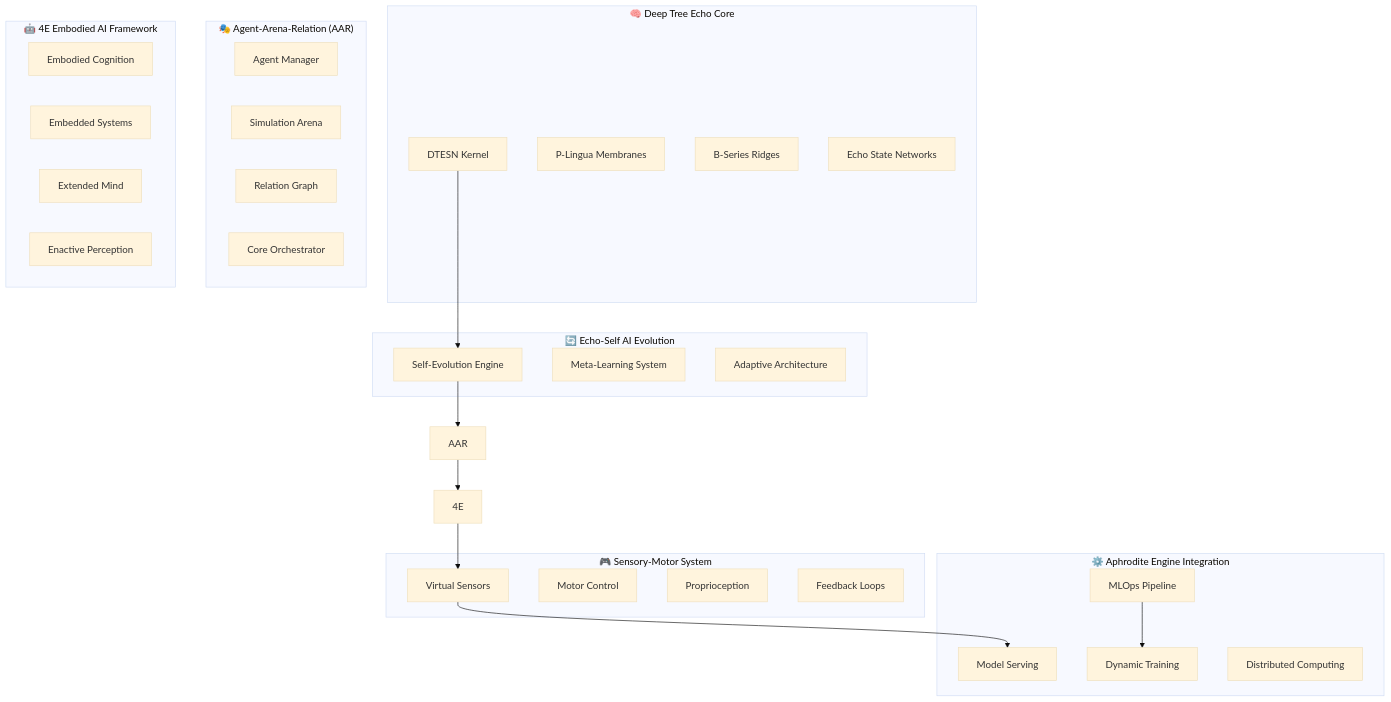
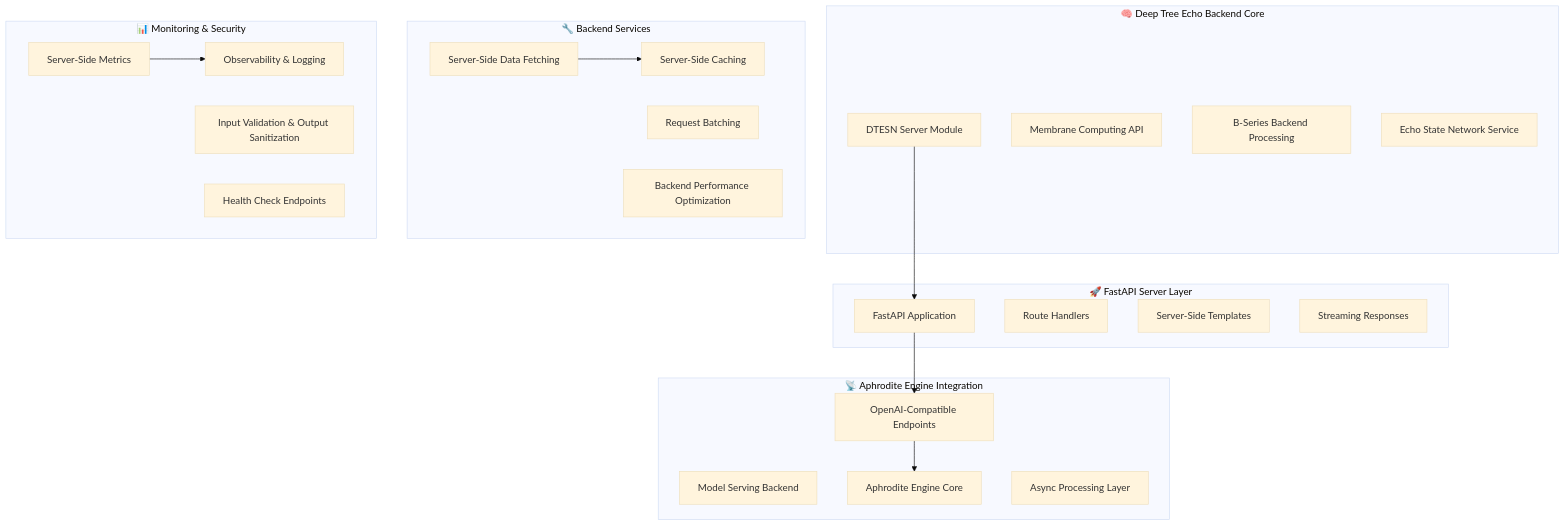
One commit to cogpy/yggdraphitecho changed the diagram in DEEP_TREE_ECHO_ROADMAP.md. Above: the diagram before and after it, drawn with Mermaid (base theme). The commit also changed other lines of this file, not shown here.

Commit message:
Update DEEP_TREE_ECHO_ROADMAP.md to focus on SSR requirements

````diff
--- a/DEEP_TREE_ECHO_ROADMAP.md
+++ b/DEEP_TREE_ECHO_ROADMAP.md
@@ -13,50 +13,43 @@
 ```mermaid
 graph TB
-    subgraph "🧠 Deep Tree Echo Core"
-        DTESN[DTESN Kernel]
-        Membranes[P-Lingua Membranes]
-        BSeries[B-Series Ridges]
-        ESN[Echo State Networks]
+    subgraph "🧠 Deep Tree Echo Backend Core"
+        DTESN[DTESN Server Module]
+        MembraneAPI[Membrane Computing API]
+        BSeries[B-Series Backend Processing]
+        ESN[Echo State Network Service]
     end
     
-    subgraph "🔄 Echo-Self AI Evolution"
-        SelfEvol[Self-Evolution Engine]
-        MetaLearn[Meta-Learning System]
-        AdaptArch[Adaptive Architecture]
+    subgraph "🚀 FastAPI Server Layer"
+        FastAPIApp[FastAPI Application]
+        RouteHandlers[Route Handlers]
+        TemplateEngine[Server-Side Templates]
+        ResponseStream[Streaming Responses]
     end
     
-    subgraph "🎭 Agent-Arena-Relation (AAR)"
-        AgentMgr[Agent Manager]
-        Arena[Simulation Arena]
-        RelGraph[Relation Graph]
-        Orchestrator[Core Orchestrator]
+    subgraph "📡 Aphrodite Engine Integration"
+        OpenAIEndpoints[OpenAI-Compatible Endpoints]
+        ModelServing[Model Serving Backend]
+        EngineCore[Aphrodite Engine Core]
+        AsyncProcessing[Async Processing Layer]
     end
     
-    subgraph "🤖 4E Embodied AI Framework"
-        Embodied[Embodied Cognition]
-        Embedded[Embedded Systems]
-        Extended[Extended Mind]
-        Enactive[Enactive Perception]
+    subgraph "🔧 Backend Services"
+        DataFetching[Server-Side Data Fetching]
+        CachingLayer[Server-Side Caching]
+        BatchProcessing[Request Batching]
+        PerformanceOpt[Backend Performance Optimization]
     end
     
-    subgraph "🎮 Sensory-Motor System"
-        VirtSensors[Virtual Sensors]
-        MotorCtrl[Motor Control]
-        Propriocept[Proprioception]
-        FeedbackLoop[Feedback Loops]
+    subgraph "📊 Monitoring & Security"
+        ServerMetrics[Server-Side Metrics]
+        SecurityLayer[Input Validation & Output Sanitization]
+        ObservabilityStack[Observability & Logging]
+        HealthChecks[Health Check Endpoints]
     end
     
-    subgraph "⚙️ Aphrodite Engine Integration"
-        ModelServ[Model Serving]
-        MLOps[MLOps Pipeline]
-        DynTrain[Dynamic Training]
-        DistComp[Distributed Computing]
-    end
-    
-    DTESN --> SelfEvol
-    SelfEvol --> AAR
-    AAR --> 4E
-    4E --> VirtSensors
-    VirtSensors --> ModelServ
-    MLOps --> DynTrain
+    DTESN --> FastAPIApp
+    FastAPIApp --> OpenAIEndpoints
+    OpenAIEndpoints --> EngineCore
+    DataFetching --> CachingLayer
+    ServerMetrics --> ObservabilityStack
 ```
````
